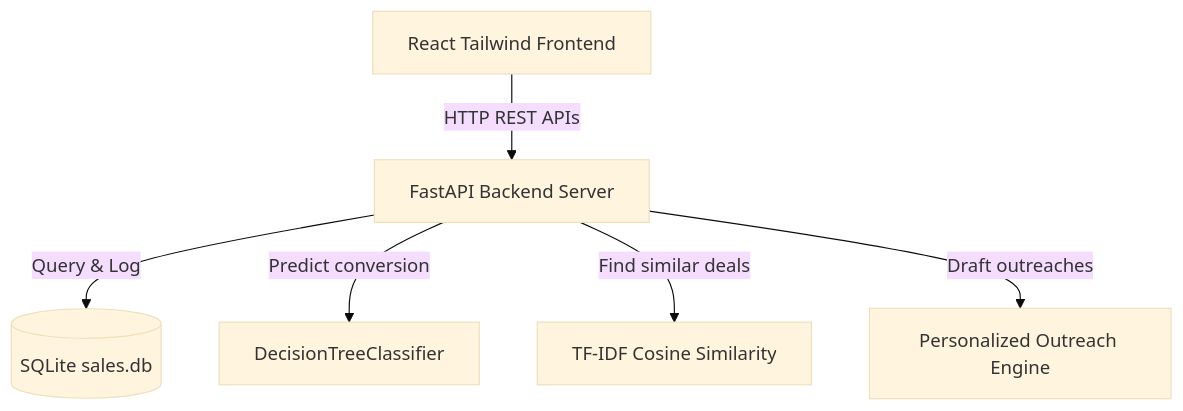
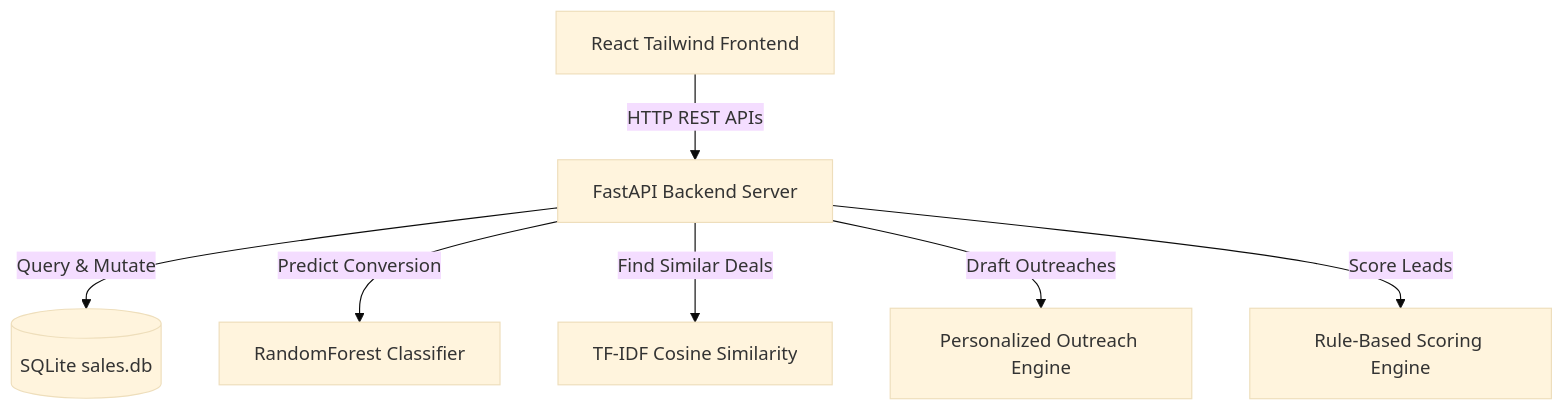
One commit to shubh152205/AnimeGenie_ShubhamSharma changed the diagram in implementation_summary.md. Above: the diagram before and after it, drawn with Mermaid (base theme). The commit also changed other lines of this file and 15 other files, not shown here.

````diff
--- a/implementation_summary.md
+++ b/implementation_summary.md
@@ -9,8 +9,9 @@
 ```mermaid
 graph TD
     A[React Tailwind Frontend] -->|HTTP REST APIs| B[FastAPI Backend Server]
-    B -->|Query & Log| C[(SQLite sales.db)]
-    B -->|Predict conversion| D[DecisionTreeClassifier]
-    B -->|Find similar deals| E[TF-IDF Cosine Similarity]
-    B -->|Draft outreaches| F[Personalized Outreach Engine]
+    B -->|Query & Mutate| C[(SQLite sales.db)]
+    B -->|Predict Conversion| D[RandomForest Classifier]
+    B -->|Find Similar Deals| E[TF-IDF Cosine Similarity]
+    B -->|Draft Outreaches| F[Personalized Outreach Engine]
+    B -->|Score Leads| G[Rule-Based Scoring Engine]
 ```
````
